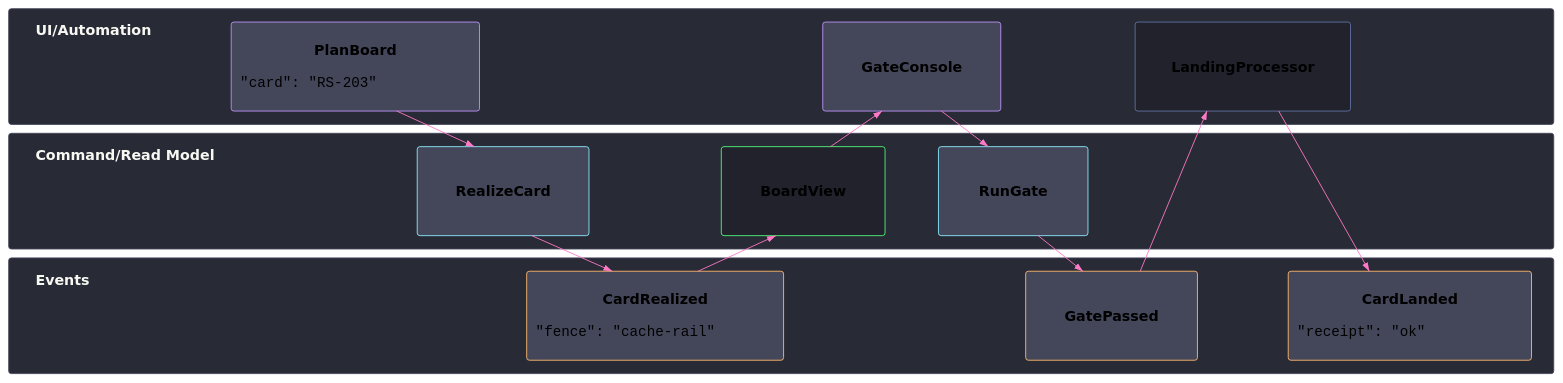
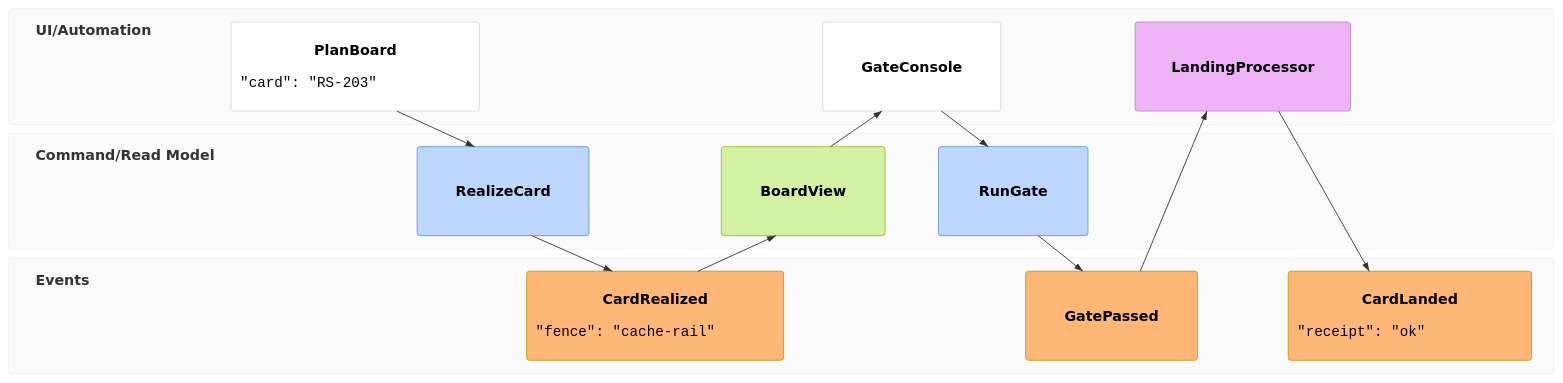
Before and after one commit to bsamiee/Rasm: the diagram in .claude/skills/mermaid-diagramming/templates/event-flow.mmd.md, drawn with Mermaid. The commit also changed other lines of this file and 28 other files, not shown here.

Commit message:
skills(docgen+mermaid): payload-only diagram law — docgen gate/fixer strips fence styling; mermaid bundle sheds the styling canon, theming survives as one opt-in reference

````diff
--- a/.claude/skills/mermaid-diagramming/templates/event-flow.mmd.md
+++ b/.claude/skills/mermaid-diagramming/templates/event-flow.mmd.md
@@ -5,38 +5,12 @@
 ```mermaid
----
-config:
-  theme: base
-  look: classic
-  themeVariables:
-    darkMode: true
-    fontFamily: "SF Mono, Menlo, Cascadia Mono, Segoe UI Mono, Consolas, monospace"
-    useGradient: false
-    dropShadow: "none"
-    textColor: "#F8F8F2"
-    emUiFill: "#44475A"
-    emUiStroke: "#BD93F9"
-    emCommandFill: "#44475A"
-    emCommandStroke: "#8BE9FD"
-    emEventFill: "#44475A"
-    emEventStroke: "#FFB86C"
-    emProcessorFill: "#21222C"
-    emProcessorStroke: "#6272A4"
-    emReadModelFill: "#21222C"
-    emReadModelStroke: "#50FA7B"
-    emSwimlaneBackgroundOdd: "#282A36"
-    emSwimlaneBackgroundStroke: "#44475A"
-    emArrowhead: "#FF79C6"
-    emRelationStroke: "#FF79C6"
-  themeCSS: ".em-box span{font-family:'SF Mono',Menlo,'Cascadia Mono',Consolas,monospace;font-size:13px;color:#F8F8F2}.em-box code{color:#8BE9FD;font-size:11px}.em-swimlane text{fill:#D6BCFA;font-size:13.5px;font-family:'SF Mono',Menlo,'Cascadia Mono',Consolas,monospace}"
----
 eventmodeling
   tf 01 ui PlanBoard `json`{ "card": "RS-203" }
   tf 02 cmd RealizeCard
   tf 03 evt CardRealized `json`{ "fence": "cache-rail" }
   tf 04 rmo BoardView
   tf 05 ui GateConsole
   tf 06 cmd RunGate
   tf 07 evt GatePassed
   tf 08 pcr LandingProcessor
   tf 09 evt CardLanded `json`{ "receipt": "ok" }
 ```
````
